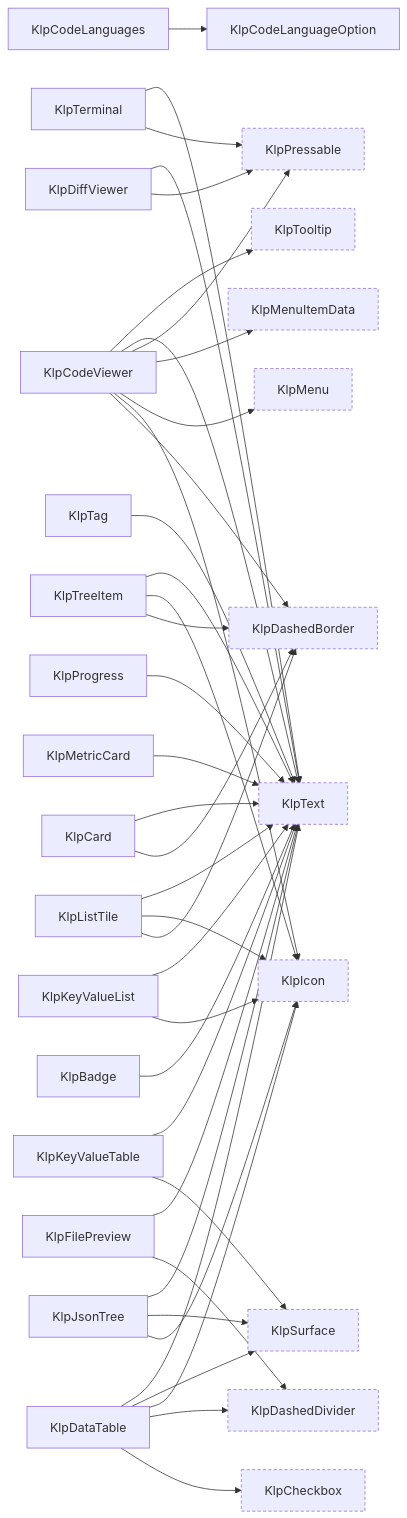
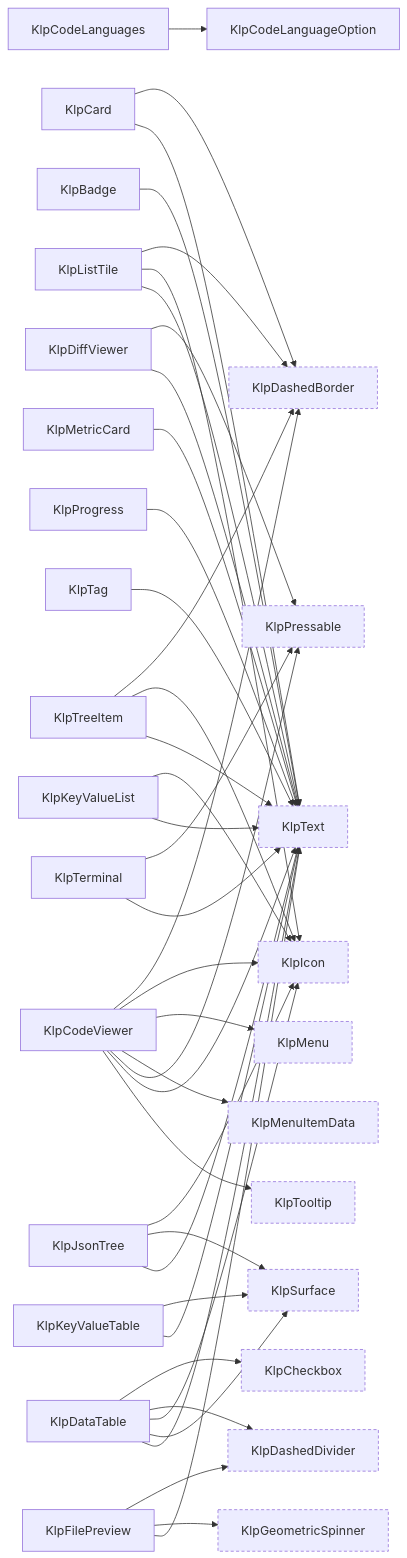
The tenth of 16 diagrams in spec/component-inventory.md (MiuDog/Kallopis), drawn with Mermaid before and after one commit. The commit also changed other lines of this file and 31 other files, not shown here.

````diff
--- a/spec/component-inventory.md
+++ b/spec/component-inventory.md
@@ -519,69 +520,71 @@
 ```mermaid
 graph LR
   KlpBadge["KlpBadge"]
   KlpCard["KlpCard"]
   KlpCheckbox["KlpCheckbox"]:::external
   KlpCodeLanguageOption["KlpCodeLanguageOption"]
   KlpCodeLanguages["KlpCodeLanguages"]
   KlpCodeViewer["KlpCodeViewer"]
   KlpDashedBorder["KlpDashedBorder"]:::external
   KlpDashedDivider["KlpDashedDivider"]:::external
   KlpDataTable["KlpDataTable"]
   KlpDiffViewer["KlpDiffViewer"]
   KlpFilePreview["KlpFilePreview"]
+  KlpGeometricSpinner["KlpGeometricSpinner"]:::external
   KlpIcon["KlpIcon"]:::external
   KlpJsonTree["KlpJsonTree"]
   KlpKeyValueList["KlpKeyValueList"]
   KlpKeyValueTable["KlpKeyValueTable"]
   KlpListTile["KlpListTile"]
   KlpMenu["KlpMenu"]:::external
   KlpMenuItemData["KlpMenuItemData"]:::external
   KlpMetricCard["KlpMetricCard"]
   KlpPressable["KlpPressable"]:::external
   KlpProgress["KlpProgress"]
   KlpSurface["KlpSurface"]:::external
   KlpTag["KlpTag"]
   KlpTerminal["KlpTerminal"]
   KlpText["KlpText"]:::external
   KlpTooltip["KlpTooltip"]:::external
   KlpTreeItem["KlpTreeItem"]
   KlpBadge --> KlpText
   KlpCard --> KlpDashedBorder
   KlpCard --> KlpText
   KlpCodeLanguages --> KlpCodeLanguageOption
   KlpCodeViewer --> KlpDashedBorder
   KlpCodeViewer --> KlpIcon
   KlpCodeViewer --> KlpMenu
   KlpCodeViewer --> KlpMenuItemData
   KlpCodeViewer --> KlpPressable
   KlpCodeViewer --> KlpText
   KlpCodeViewer --> KlpTooltip
   KlpDataTable --> KlpCheckbox
   KlpDataTable --> KlpDashedDivider
   KlpDataTable --> KlpIcon
   KlpDataTable --> KlpSurface
   KlpDataTable --> KlpText
   KlpDiffViewer --> KlpPressable
   KlpDiffViewer --> KlpText
   KlpFilePreview --> KlpDashedDivider
+  KlpFilePreview --> KlpGeometricSpinner
   KlpFilePreview --> KlpText
   KlpJsonTree --> KlpIcon
   KlpJsonTree --> KlpSurface
   KlpJsonTree --> KlpText
   KlpKeyValueList --> KlpIcon
   KlpKeyValueList --> KlpText
   KlpKeyValueTable --> KlpSurface
   KlpKeyValueTable --> KlpText
   KlpListTile --> KlpDashedBorder
   KlpListTile --> KlpIcon
   KlpListTile --> KlpText
   KlpMetricCard --> KlpText
   KlpProgress --> KlpText
   KlpTag --> KlpText
   KlpTerminal --> KlpPressable
   KlpTerminal --> KlpText
   KlpTreeItem --> KlpDashedBorder
   KlpTreeItem --> KlpIcon
   KlpTreeItem --> KlpText
   classDef external stroke-dasharray: 4 3;
 ```
````
